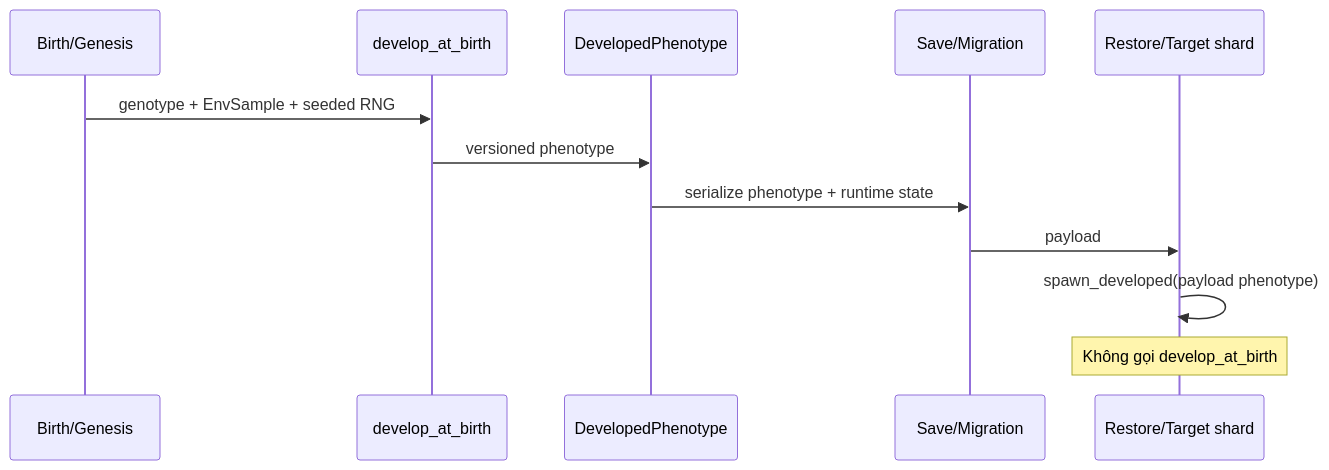
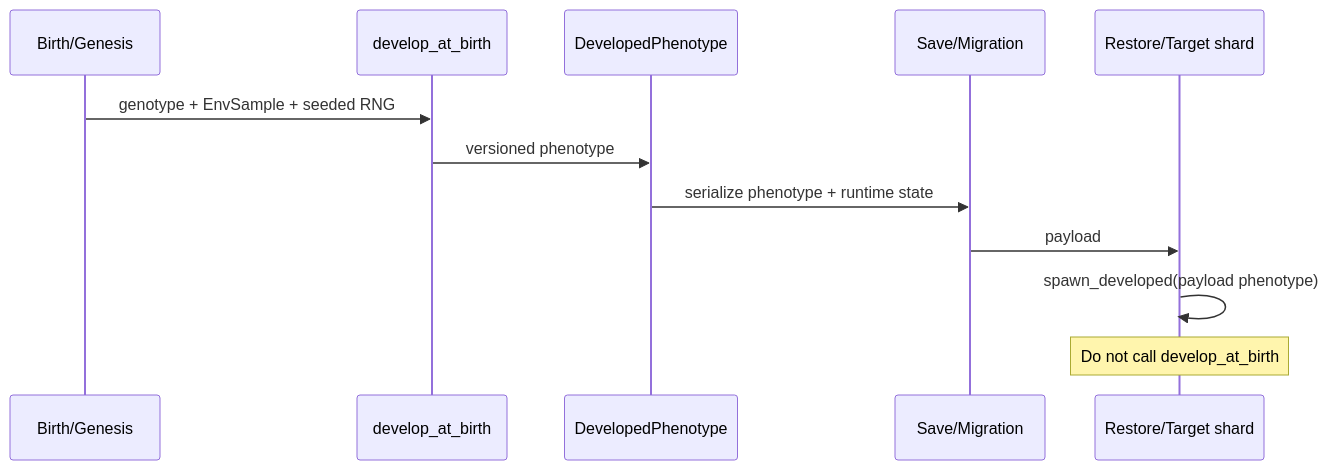
The second of 2 diagrams in docs/explanation/CREATURE_MORPHOGENESIS.md (DuongNAD/Anima-Engine), drawn with Mermaid before and after one commit. The commit also changed other lines of this file and 11 other files, not shown here.

````diff
--- a/docs/explanation/CREATURE_MORPHOGENESIS.md
+++ b/docs/explanation/CREATURE_MORPHOGENESIS.md
@@ -260,15 +211,15 @@
 ```mermaid
 sequenceDiagram
     participant B as Birth/Genesis
     participant D as develop_at_birth
     participant P as DevelopedPhenotype
     participant S as Save/Migration
     participant R as Restore/Target shard
 
     B->>D: genotype + EnvSample + seeded RNG
     D->>P: versioned phenotype
     P->>S: serialize phenotype + runtime state
     S->>R: payload
     R->>R: spawn_developed(payload phenotype)
-    Note over R: Không gọi develop_at_birth
+    Note over R: Do not call develop_at_birth
 ```
````
